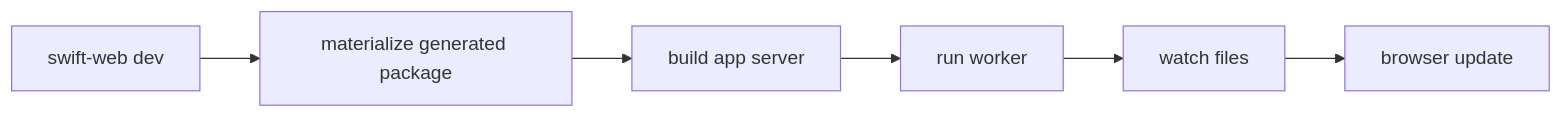
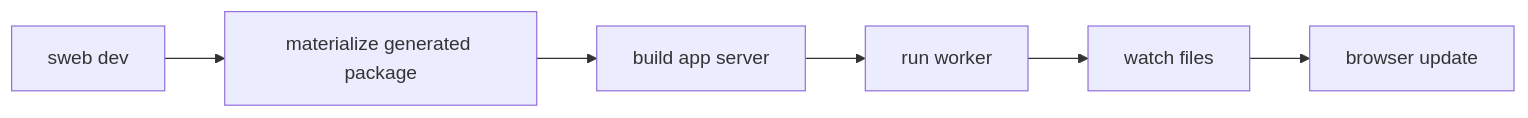
Before and after one commit to 1amageek/swift-web: the third of 3 diagrams in README.md, drawn with Mermaid. The commit also changed other lines of this file and 24 other files, not shown here.

Commit message:
Rename CLI to sweb and update dev workflow

````diff
--- a/README.md
+++ b/README.md
@@ -149,8 +159,8 @@
 ```mermaid
 flowchart LR
-  A["swift-web dev"] --> B["materialize generated package"]
+  A["sweb dev"] --> B["materialize generated package"]
   B --> C["build app server"]
   C --> D["run worker"]
   D --> E["watch files"]
   E --> F["browser update"]
 ```
````
